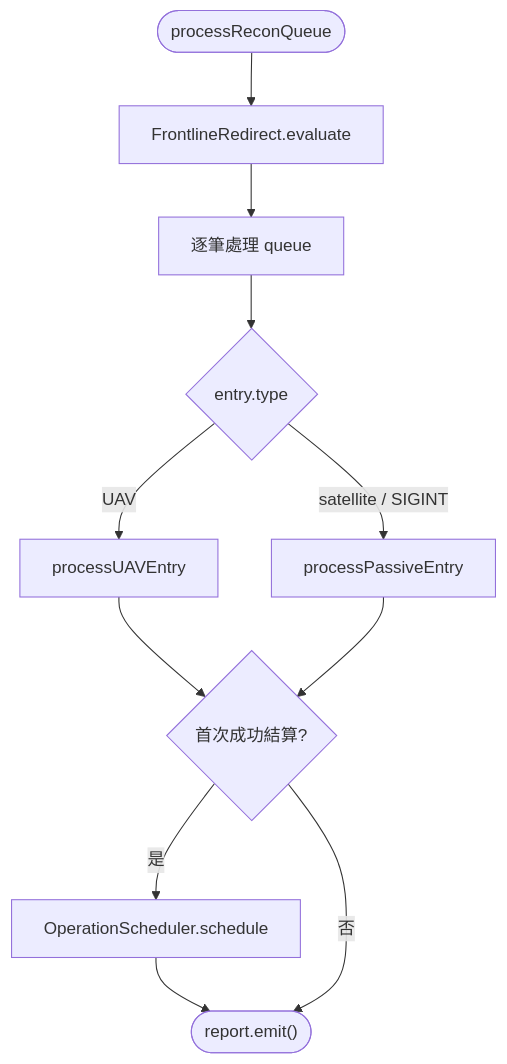
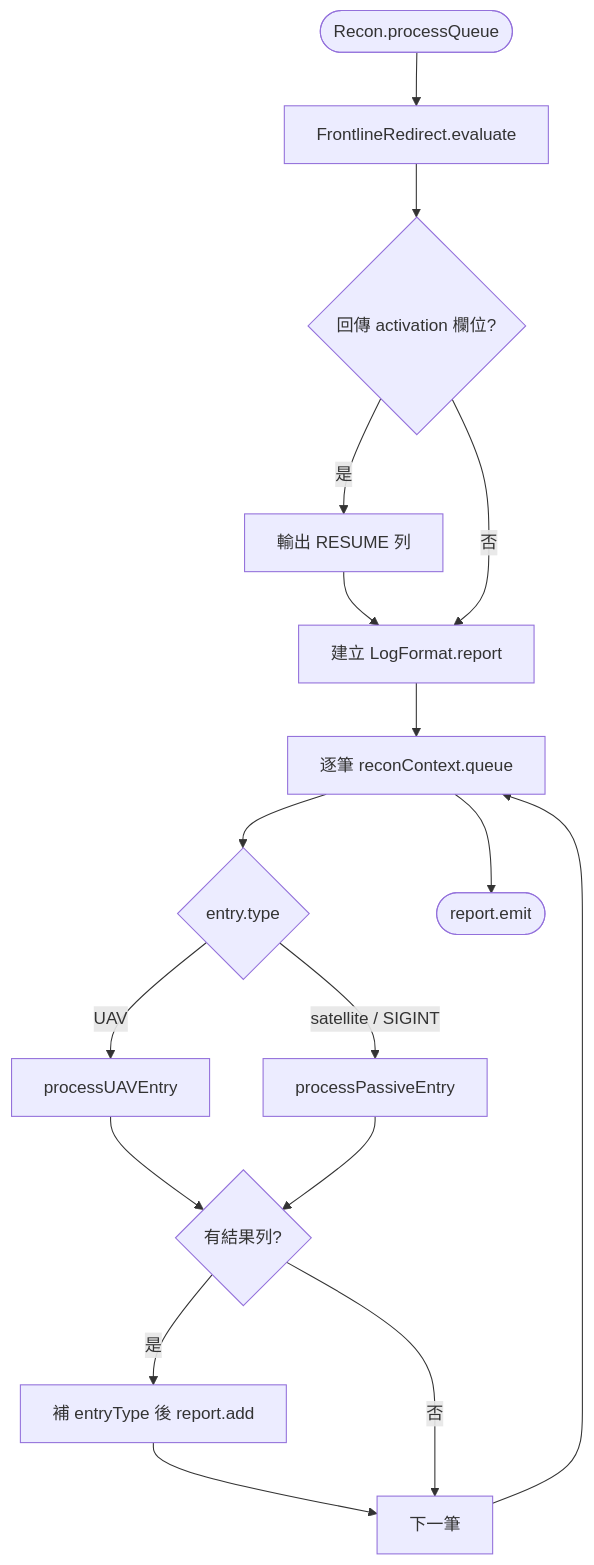
One commit to pullupjumper/formosa-in-flames changed the third of 4 diagrams in docs/strikePlanner/recon.md. Above: the diagram before and after it, drawn with Mermaid. The commit also changed other lines of this file and 1 other file, not shown here.

First line of the commit message:
docs(strikePlanner): record the scheduling invariants and expand the diagrams

````diff
--- a/docs/strikePlanner/recon.md
+++ b/docs/strikePlanner/recon.md
@@ -110,18 +141,27 @@
 ```mermaid
 flowchart TD
-    TICK(["processReconQueue"])
-    REDIRECT["FrontlineRedirect.evaluate"]
-    LOOP["逐筆處理 queue"]
-    ENTRY{"entry.type"}
+    TICK(["Recon.processQueue"])
+    EVAL["FrontlineRedirect.evaluate"]
+    ACT{"回傳 activation 欄位?"}
+    ACTLOG["輸出 RESUME 列"]
+    REPORT["建立 LogFormat.report"]
+    LOOP["逐筆 reconContext.queue"]
+    TYPE{"entry.type"}
     UAV["processUAVEntry"]
-    SAT["processPassiveEntry"]
-    SETTLE{"首次成功結算?"}
-    SCHED["OperationScheduler.schedule"]
-    LOG(["report.emit()"])
+    PASSIVE["processPassiveEntry"]
+    HASROW{"有結果列?"}
+    ADD["補 entryType 後 report.add"]
+    NEXT["下一筆"]
+    EMIT(["report.emit"])
 
-    TICK --> REDIRECT --> LOOP --> ENTRY
-    ENTRY -->|UAV| UAV --> SETTLE
-    ENTRY -->|satellite / SIGINT| SAT --> SETTLE
-    SETTLE -->|是| SCHED --> LOG
-    SETTLE -->|否| LOG
+    TICK --> EVAL --> ACT
+    ACT -->|是| ACTLOG --> REPORT
+    ACT -->|否| REPORT
+    REPORT --> LOOP --> TYPE
+    TYPE -->|UAV| UAV --> HASROW
+    TYPE -->|satellite / SIGINT| PASSIVE --> HASROW
+    HASROW -->|是| ADD --> NEXT
+    HASROW -->|否| NEXT
+    NEXT --> LOOP
+    LOOP --> EMIT
 ```
````
